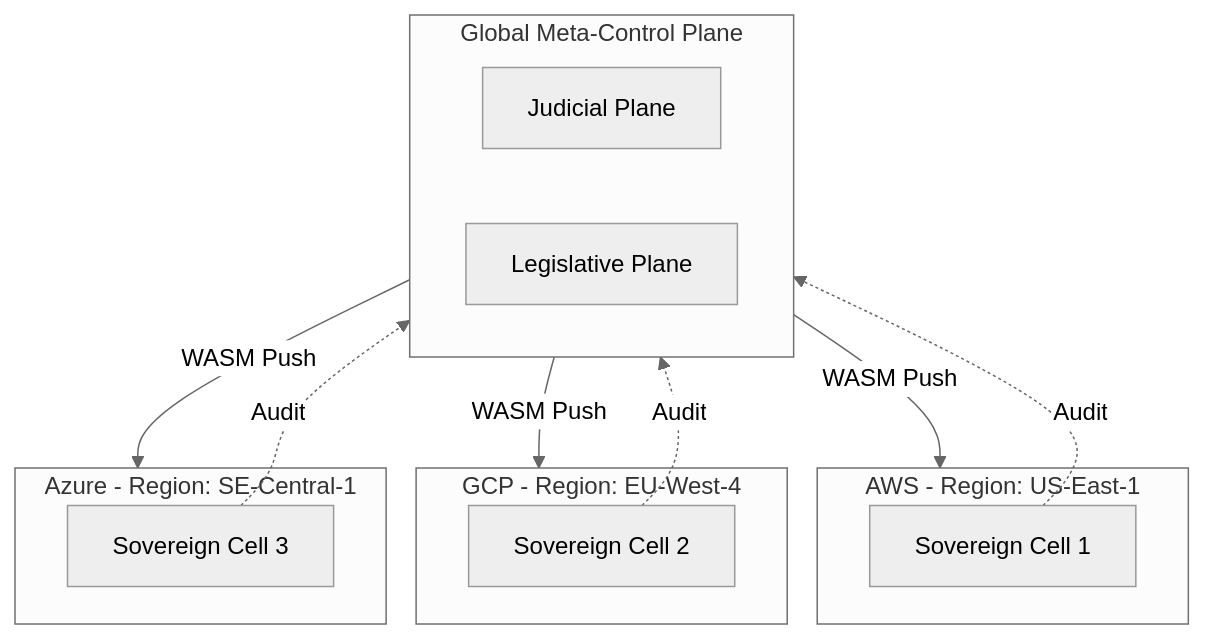
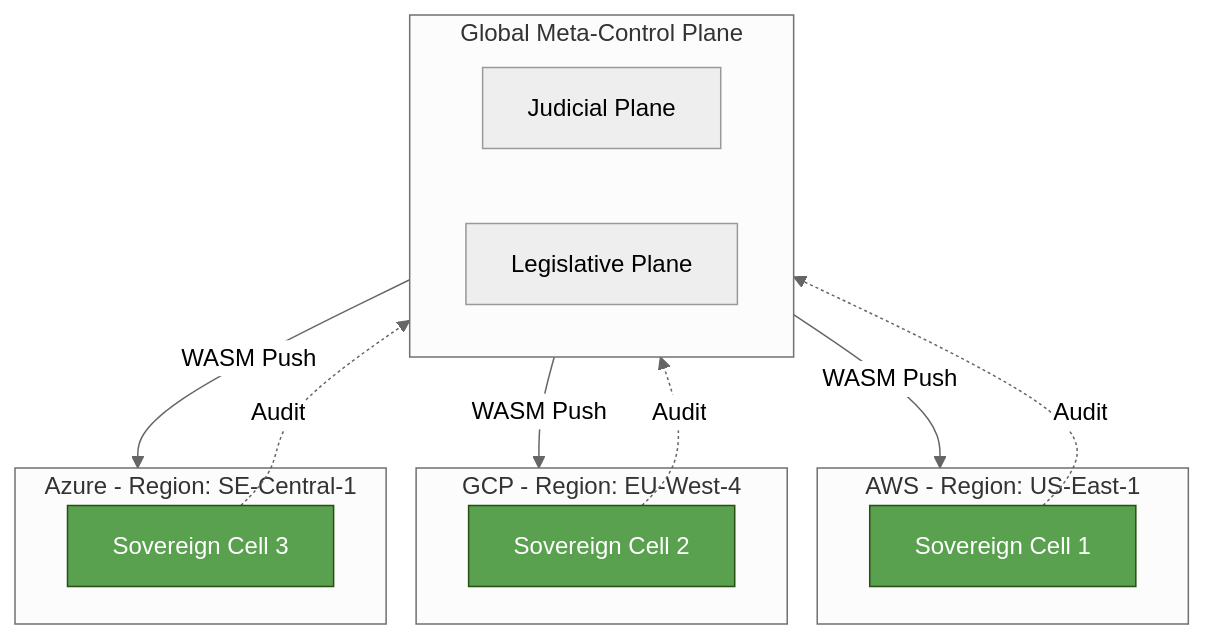
The tenth of 11 diagrams in src/app/[locale]/research/papers/aecp/AECP-FULL.md (gchaitanyabharath9/omnigcloud), drawn with Mermaid (neutral theme) before and after one commit. The commit also changed other lines of this file and 40 other files, not shown here.

````diff
--- a/src/app/[locale]/research/papers/aecp/AECP-FULL.md
+++ b/src/app/[locale]/research/papers/aecp/AECP-FULL.md
@@ -598,27 +668,32 @@
 ```mermaid
 graph TD
+    classDef Control fill:#4E79A7,stroke:#2C3E50,color:#fff;
+    classDef Data fill:#59A14F,stroke:#274E13,color:#fff;
+    classDef Policy fill:#9C6ADE,stroke:#4B0082,color:#fff;
+    classDef Obs fill:#F28E2B,stroke:#8B4513,color:#fff;
+    classDef Risk fill:#E15759,stroke:#7B241C,color:#fff;
+    classDef State fill:#76B7B2,stroke:#0E6251,color:#fff;
+    classDef Actor fill:#BAB0AC,stroke:#515A5A,color:#000;
     subgraph Global ["Global Meta-Control Plane"]
-        J[Judicial Plane]
-        L[Legislative Plane]
+    J["Judicial Plane"]
+    L["Legislative Plane"]
     end
-
     subgraph AWS ["AWS - Region: US-East-1"]
-        C1[Sovereign Cell 1]
+    C1["Sovereign Cell 1"]
     end
-
     subgraph GCP ["GCP - Region: EU-West-4"]
-        C2[Sovereign Cell 2]
+    C2["Sovereign Cell 2"]
     end
-
     subgraph Azure ["Azure - Region: SE-Central-1"]
-        C3[Sovereign Cell 3]
+    C3["Sovereign Cell 3"]
     end
-
     Global -->|WASM Push| AWS
     Global -->|WASM Push| GCP
     Global -->|WASM Push| Azure
-
     C1 -.->|Audit| Global
     C2 -.->|Audit| Global
     C3 -.->|Audit| Global
+    class C1 Data;
+    class C2 Data;
+    class C3 Data;
 ```
````
